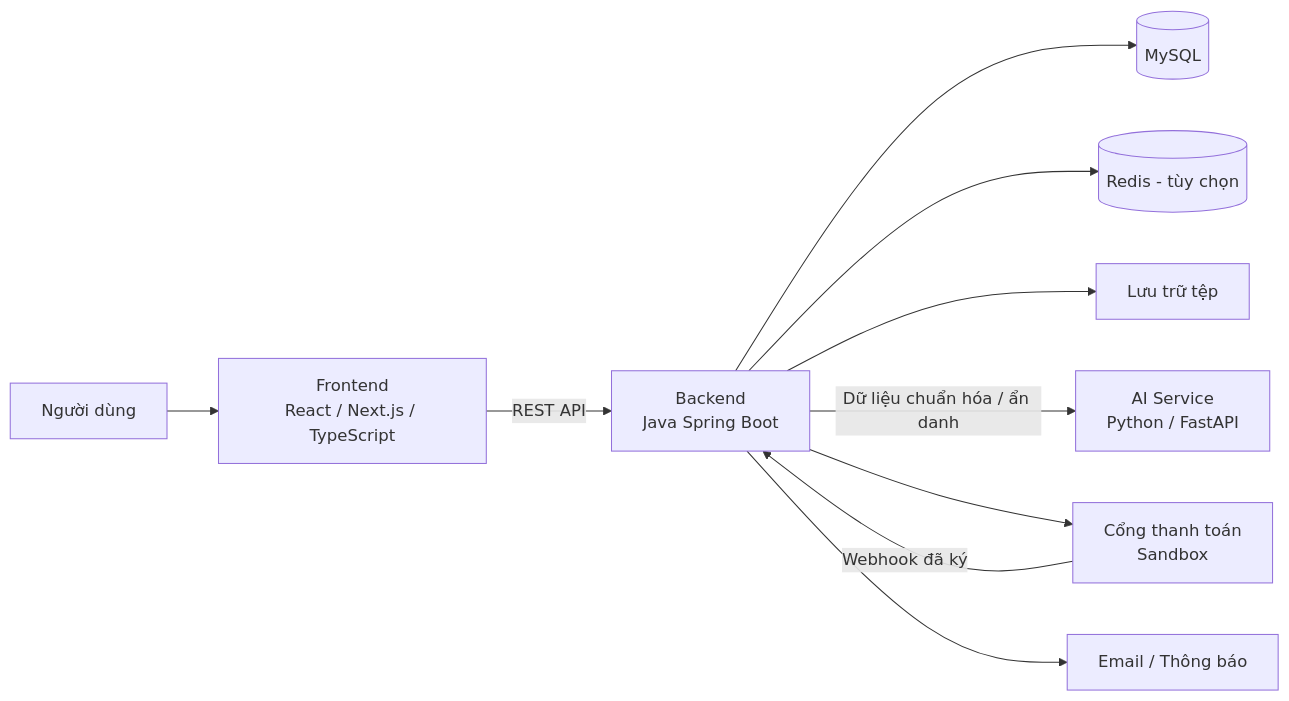
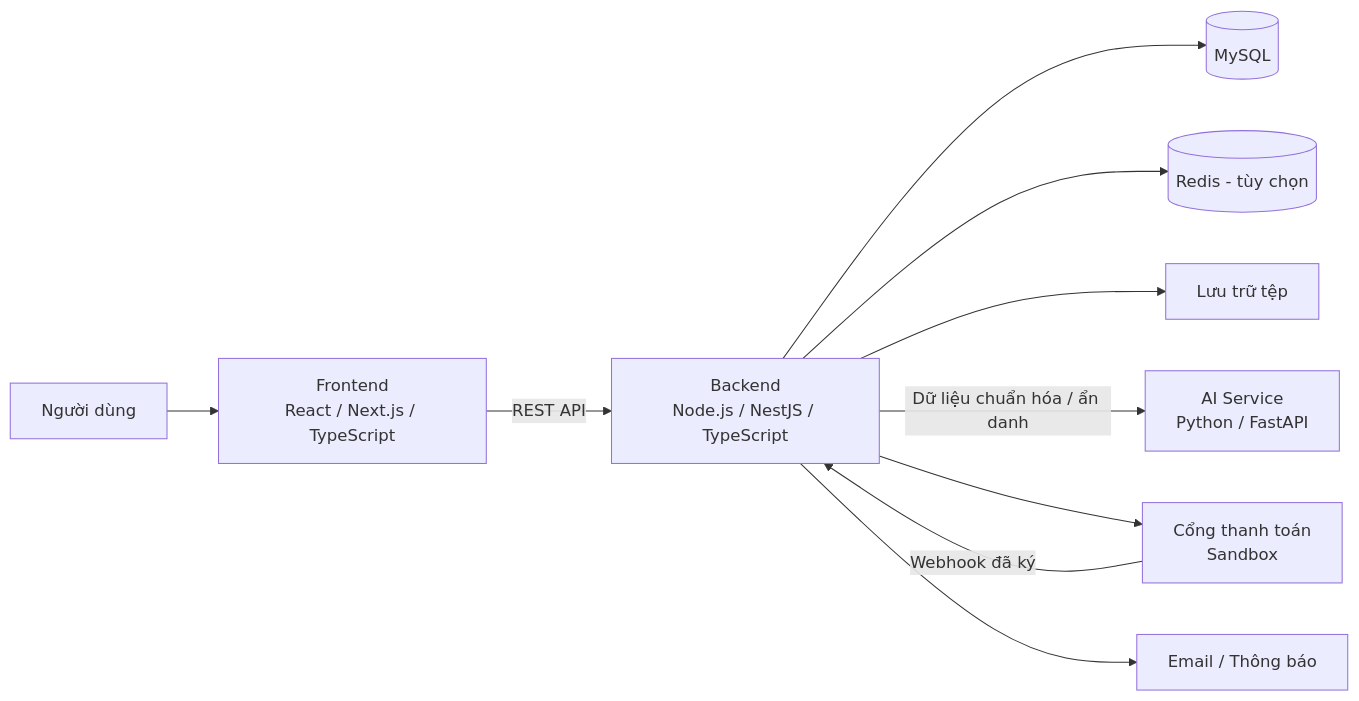
One commit to nhanhuutran007/DATN_2627_Website changed the second of 2 diagrams in README.md. Above: the diagram before and after it, drawn with Mermaid. The commit also changed other lines of this file and 100 other files, not shown here.

````diff
--- a/README.md
+++ b/README.md
@@ -214,12 +216,12 @@
 ```mermaid
 flowchart LR
     U[Người dùng] --> FE[Frontend<br/>React / Next.js / TypeScript]
-    FE -->|REST API| BE[Backend<br/>Java Spring Boot]
+    FE -->|REST API| BE[Backend<br/>Node.js / NestJS / TypeScript]
     BE --> DB[(MySQL)]
     BE --> CACHE[(Redis - tùy chọn)]
     BE --> FILES[Lưu trữ tệp]
     BE -->|Dữ liệu chuẩn hóa / ẩn danh| AI[AI Service<br/>Python / FastAPI]
     BE --> PAY[Cổng thanh toán<br/>Sandbox]
     BE --> NOTIFY[Email / Thông báo]
     PAY -->|Webhook đã ký| BE
 ```
````
